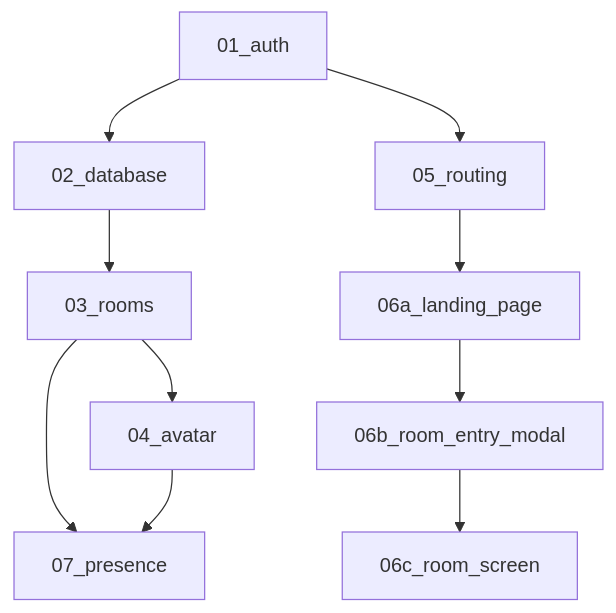
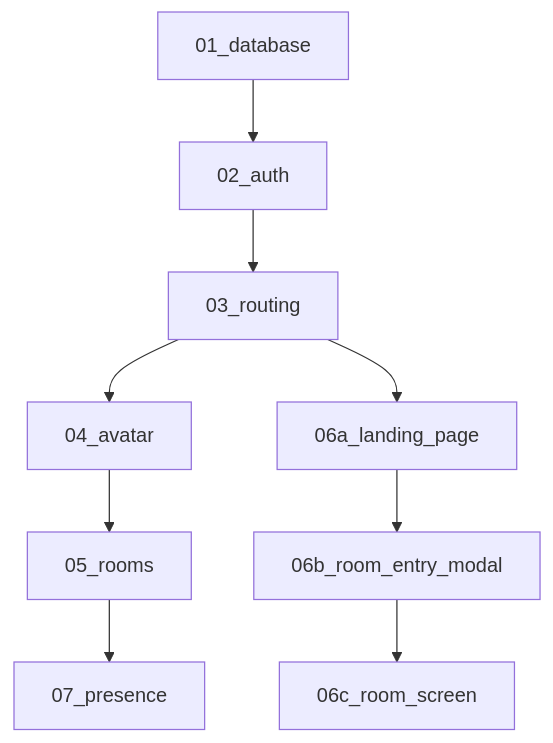
The diagram in docs/README.md (asanntech/supabase-gather), drawn with Mermaid before and after one commit. The commit also changed other lines of this file and 57 other files, not shown here.

````diff
--- a/docs/README.md
+++ b/docs/README.md
@@ -65,12 +64,11 @@
 ```mermaid
 graph TD
-    A[01_auth] --> B[02_database]
-    B --> C[03_rooms]  
+    A[01_database] --> B[02_auth]
+    B --> C[03_routing]  
     C --> D[04_avatar]
-    A --> E[05_routing]
-    E --> F[06a_landing_page]
+    D --> E[05_rooms]
+    C --> F[06a_landing_page]
     F --> G[06b_room_entry_modal]
     G --> H[06c_room_screen]
-    C --> I[07_presence]
-    D --> I
+    E --> I[07_presence]
 ```
````
